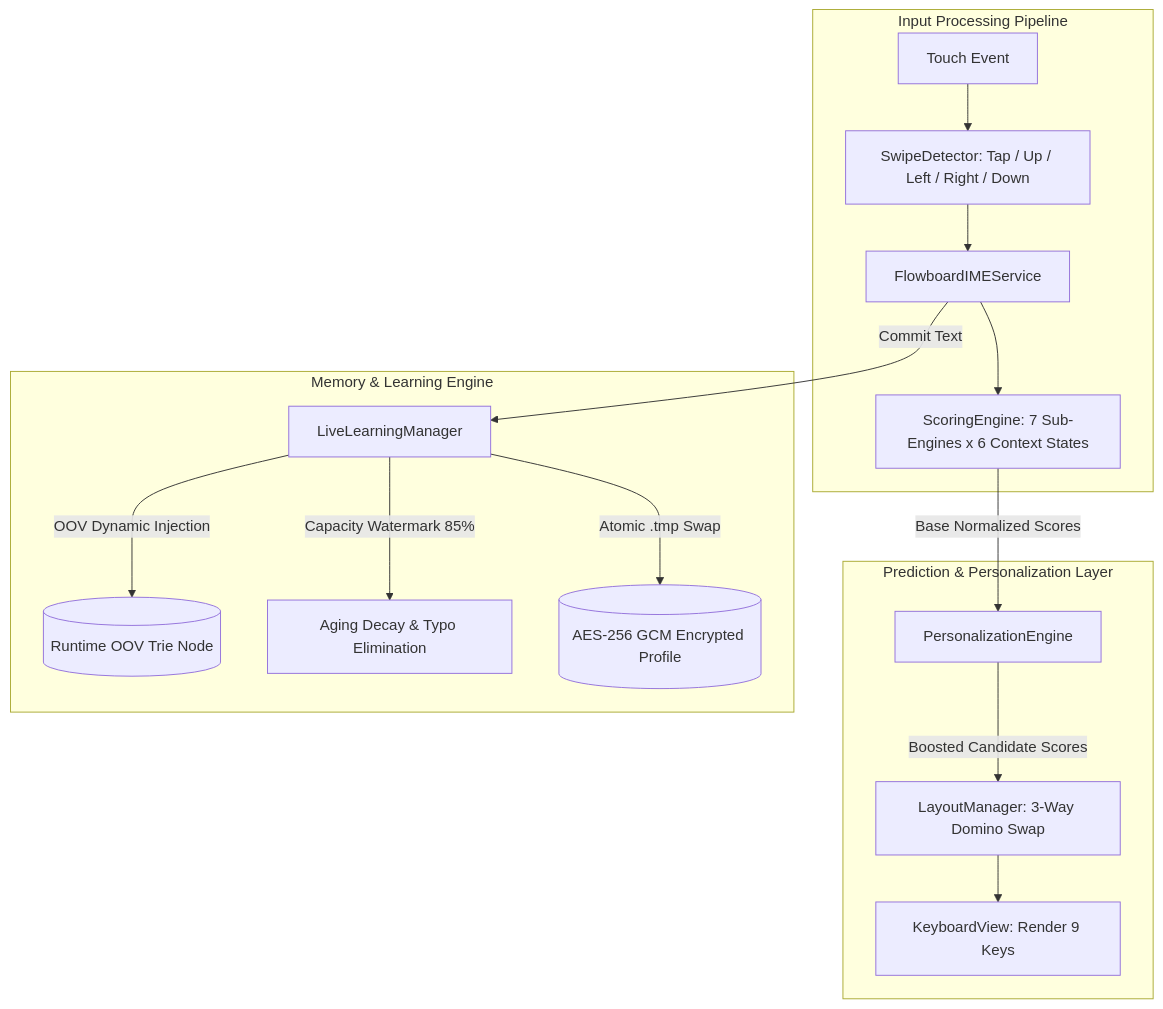
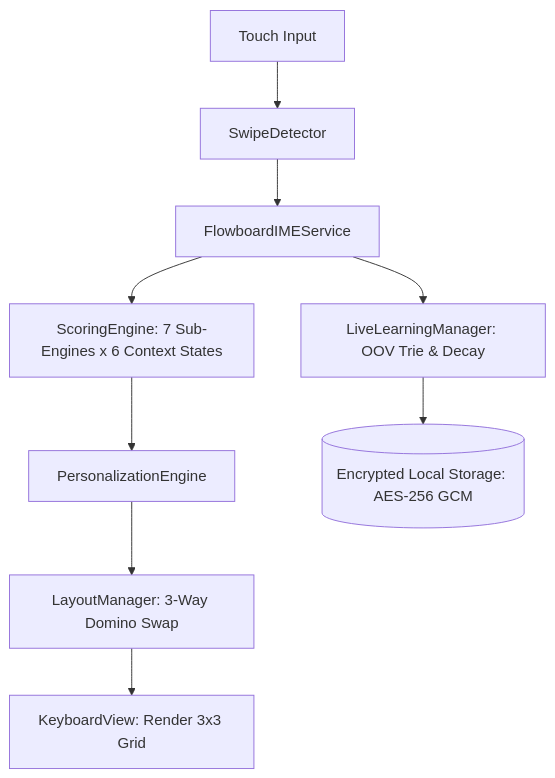
The diagram in README.md (LaZZy-Bear/flowboard), drawn with Mermaid before and after one commit. The commit also changed other lines of this file and 35 other files, not shown here.

Commit message:
feat: release Flowboard Android v1.0.0 open-source suite

````diff
--- a/README.md
+++ b/README.md
@@ -54,21 +54,11 @@
 ```mermaid
 graph TD
-    subgraph "Input Processing Pipeline"
-        A[Touch Event] --> B[SwipeDetector: Tap / Up / Left / Right / Down]
-        B --> C[FlowboardIMEService]
-        C --> D[ScoringEngine: 7 Sub-Engines x 6 Context States]
-    end
-
-    subgraph "Prediction & Personalization Layer"
-        D -->|Base Normalized Scores| E[PersonalizationEngine]
-        E -->|Boosted Candidate Scores| F[LayoutManager: 3-Way Domino Swap]
-        F --> G[KeyboardView: Render 9 Keys]
-    end
-
-    subgraph "Memory & Learning Engine"
-        C -->|Commit Text| H[LiveLearningManager]
-        H -->|OOV Dynamic Injection| I[(Runtime OOV Trie Node)]
-        H -->|Capacity Watermark 85%| J[Aging Decay & Typo Elimination]
-        H -->|Atomic .tmp Swap| K[(AES-256 GCM Encrypted Profile)]
-    end
+    A[Touch Input] --> B[SwipeDetector]
+    B --> C[FlowboardIMEService]
+    C --> D[ScoringEngine: 7 Sub-Engines x 6 Context States]
+    D --> E[PersonalizationEngine]
+    E --> F[LayoutManager: 3-Way Domino Swap]
+    F --> G[KeyboardView: Render 3x3 Grid]
+    C --> H[LiveLearningManager: OOV Trie & Decay]
+    H --> I[(Encrypted Local Storage: AES-256 GCM)]
 ```
````
